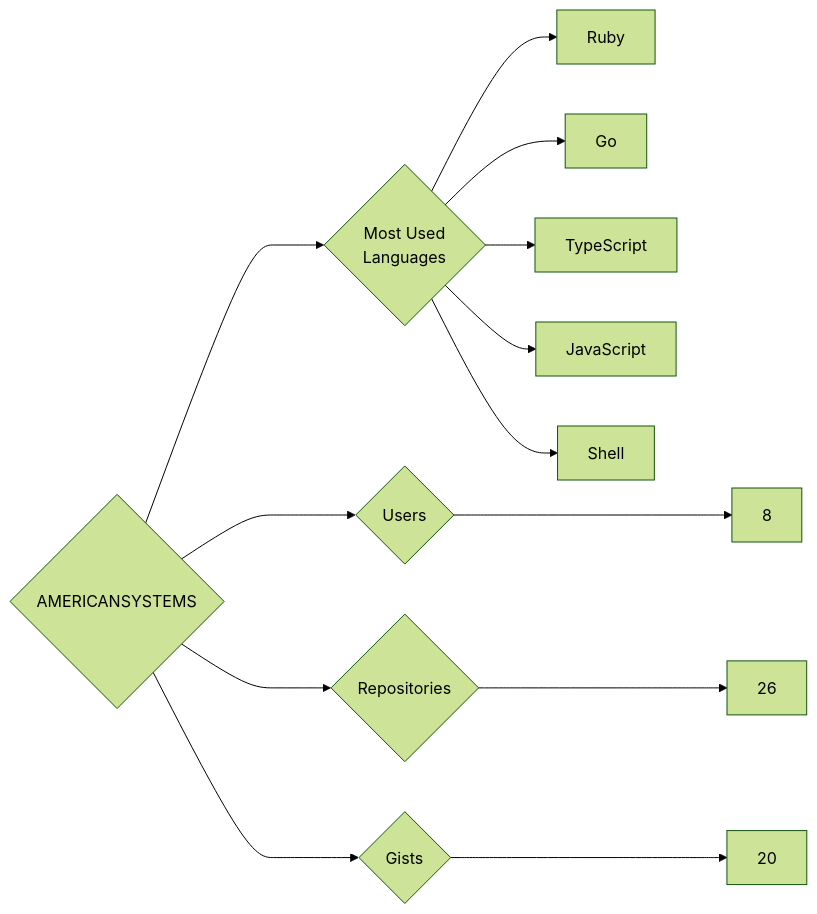
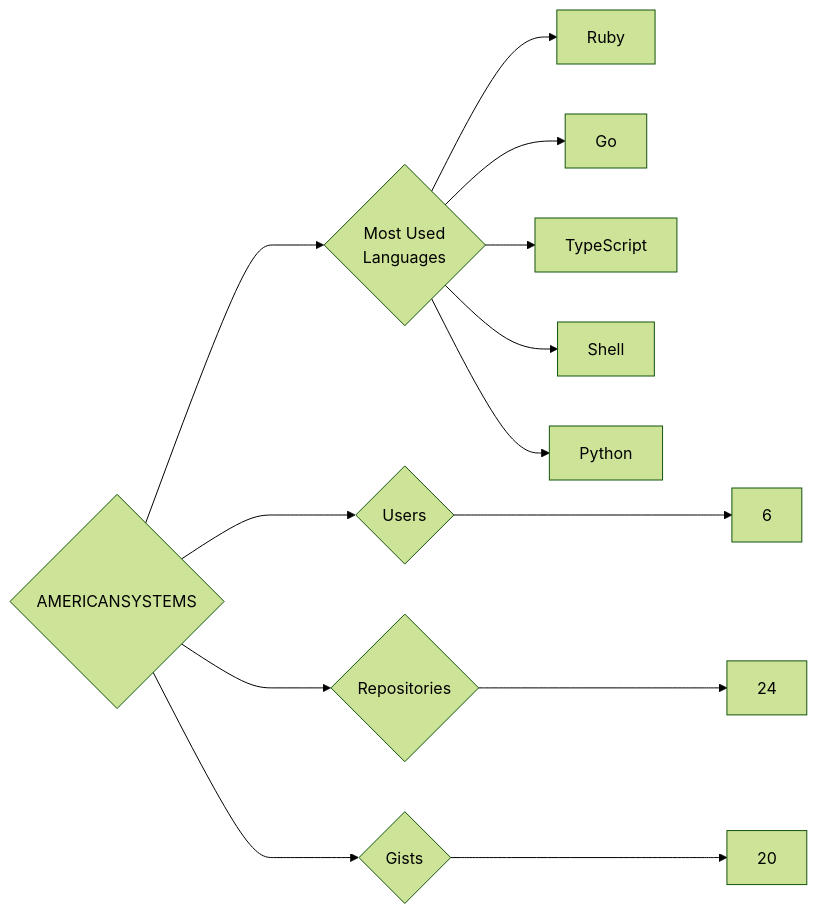
One commit to trickest/insiders changed the diagram in targets/AMERICANSYSTEMS/README.md. Above: the diagram before and after it, drawn with Mermaid (forest theme). The commit also changed 1089 other files, not shown here.

````diff
--- a/targets/AMERICANSYSTEMS/README.md
+++ b/targets/AMERICANSYSTEMS/README.md
@@ -3,13 +3,13 @@
 ```mermaid
 graph LR
 COMPANY_NAME{AMERICANSYSTEMS}
-COMPANY_NAME ---> U{Users} ---> UN[8]
-COMPANY_NAME ---> R{Repositories} ---> RN[26]
+COMPANY_NAME ---> U{Users} ---> UN[6]
+COMPANY_NAME ---> R{Repositories} ---> RN[24]
 COMPANY_NAME ---> G{Gists} ---> GN[20]
 COMPANY_NAME ---> ML{Most Used<br>Languages}
 ML --> Ruby[Ruby]
 ML --> Go[Go]
 ML --> TypeScript[TypeScript]
-ML --> JavaScript[JavaScript]
 ML --> Shell[Shell]
+ML --> Python[Python]
 ```
````
